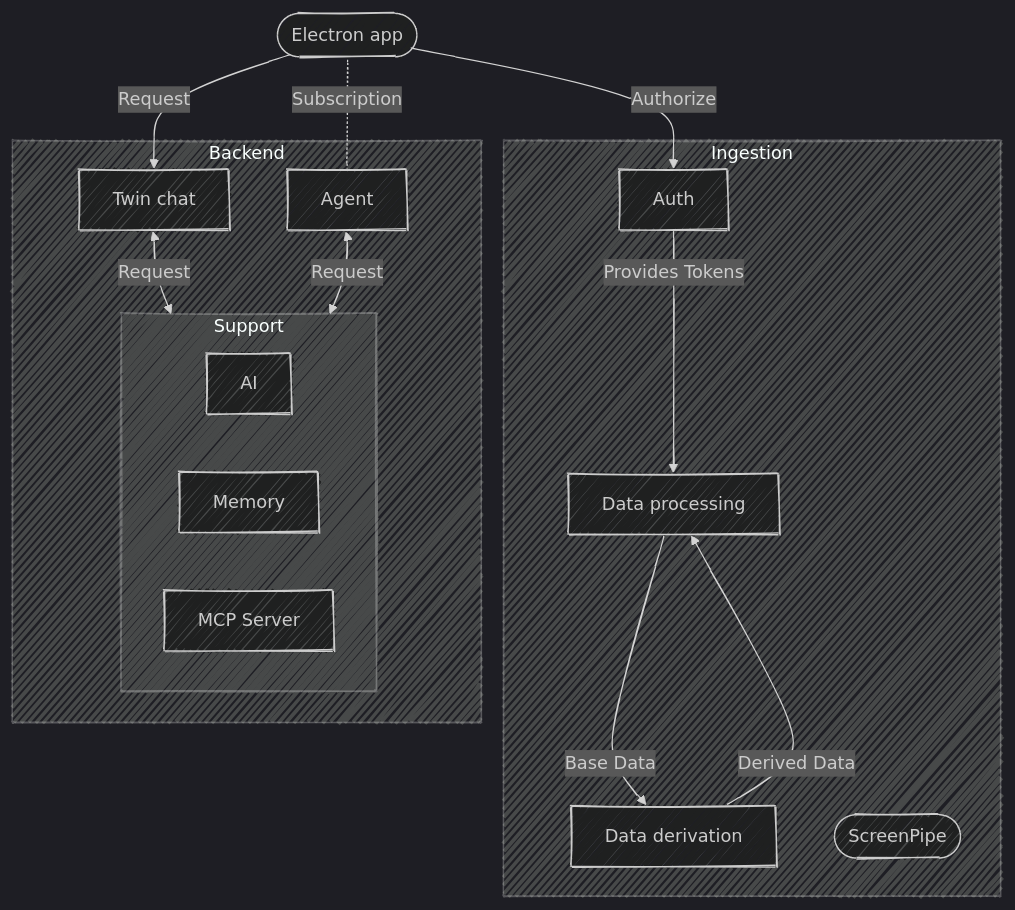
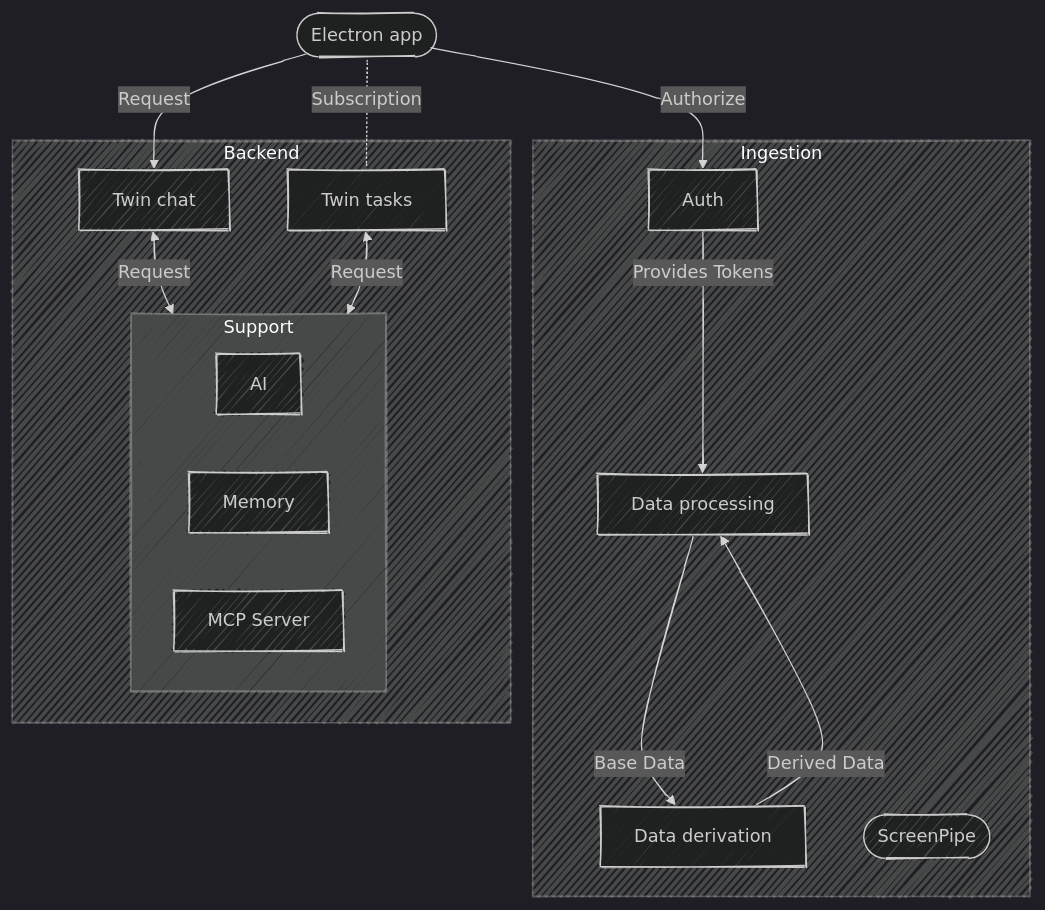
One commit to EternisAI/enchanted-twin changed the first of 3 diagrams in SOFTWARE_ARCHITECTURE.md. Above: the diagram before and after it, drawn with Mermaid. The commit also changed other lines of this file, not shown here.

````diff
--- a/SOFTWARE_ARCHITECTURE.md
+++ b/SOFTWARE_ARCHITECTURE.md
@@ -65,39 +65,39 @@
 ```mermaid
 ---
 config:
   layout: dagre
   look: handDrawn
   theme: dark
 ---
 flowchart TD
     App([Electron app])
 
     subgraph Ingestion
       OAuth[Auth]
       Fetching[Data processing]
       DataDerivation[Data derivation]
       ScreenPipe([ScreenPipe])
     end
 
     subgraph Backend
-        Agent
+        Agent[Twin tasks]
         Chat[Twin chat]
         subgraph Support
             LLM[AI]
             Augmentation[Memory]
             MCP[MCP Server]
         end
     end
 
     App -- Authorize --> OAuth
     App -- Request --> Chat
     App -.-|Subscription| Agent
 
     Chat <-- Request --> Support
     Agent <-- Request --> Support
 
     OAuth -- Provides Tokens --> Fetching
 
     Fetching -- Base Data --> DataDerivation
     DataDerivation -- Derived Data --> Fetching
 ```
````
